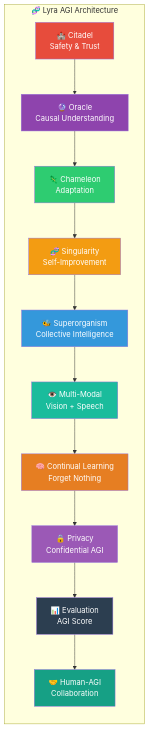
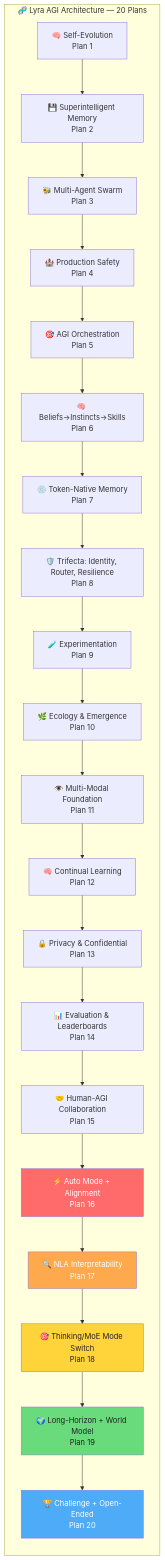
Before and after one commit to ndqkhanh/lyra: the first of 5 diagrams in README.md, drawn with Mermaid. The commit also changed other lines of this file, not shown here.

First line of the commit message:
📚 Rewrite README: 124 packages, 20 plans, 5 mermaid diagrams, 23 research waves

````diff
--- a/README.md
+++ b/README.md
@@ -22,26 +22,31 @@
 ```mermaid
 graph TB
-    subgraph "🧬 Lyra AGI Architecture"
+    subgraph "🧬 Lyra AGI Architecture — 20 Plans"
         direction TB
-        C[🏰 Citadel<br/>Safety & Trust] --> O[🔮 Oracle<br/>Causal Understanding]
-        O --> CH[🦎 Chameleon<br/>Adaptation]
-        CH --> S[🧬 Singularity<br/>Self-Improvement]
-        S --> SU[🐝 Superorganism<br/>Collective Intelligence]
-        SU --> M[👁️ Multi-Modal<br/>Vision + Speech]
-        M --> CL[🧠 Continual Learning<br/>Forget Nothing]
-        CL --> P[🔒 Privacy<br/>Confidential AGI]
-        P --> E[📊 Evaluation<br/>AGI Score]
-        E --> H[🤝 Human-AGI<br/>Collaboration]
+        P1[🧠 Self-Evolution<br/>Plan 1] --> P2[💾 Superintelligent Memory<br/>Plan 2]
+        P2 --> P3[🐝 Multi-Agent Swarm<br/>Plan 3]
+        P3 --> P4[🏰 Production Safety<br/>Plan 4]
+        P4 --> P5[🎯 AGI Orchestration<br/>Plan 5]
+        P5 --> P6[🧠 Beliefs→Instincts→Skills<br/>Plan 6]
+        P6 --> P7[💿 Token-Native Memory<br/>Plan 7]
+        P7 --> P8[🛡️ Trifecta: Identity, Router, Resilience<br/>Plan 8]
+        P8 --> P9[🧪 Experimentation<br/>Plan 9]
+        P9 --> P10[🌿 Ecology & Emergence<br/>Plan 10]
+        P10 --> P11[👁️ Multi-Modal Foundation<br/>Plan 11]
+        P11 --> P12[🧠 Continual Learning<br/>Plan 12]
+        P12 --> P13[🔒 Privacy & Confidential<br/>Plan 13]
+        P13 --> P14[📊 Evaluation & Leaderboards<br/>Plan 14]
+        P14 --> P15[🤝 Human-AGI Collaboration<br/>Plan 15]
+        P15 --> P16[⚡ Auto Mode + Alignment<br/>Plan 16]
+        P16 --> P17[🔍 NLA Interpretability<br/>Plan 17]
+        P17 --> P18[🎯 Thinking/MoE Mode Switch<br/>Plan 18]
+        P18 --> P19[🌍 Long-Horizon + World Model<br/>Plan 19]
+        P19 --> P20[🏆 Challenge + Open-Ended<br/>Plan 20]
     end
-    
-    style C fill:#e74c3c,color:#fff
-    style O fill:#8e44ad,color:#fff
-    style CH fill:#2ecc71,color:#fff
-    style S fill:#f39c12,color:#fff
-    style SU fill:#3498db,color:#fff
-    style M fill:#1abc9c,color:#fff
-    style CL fill:#e67e22,color:#fff
-    style P fill:#9b59b6,color:#fff
-    style E fill:#2c3e50,color:#fff
-    style H fill:#16a085,color:#fff
+
+    style P16 fill:#ff6b6b,color:#fff
+    style P17 fill:#ffa94d,color:#fff
+    style P18 fill:#ffd43b,color:#222
+    style P19 fill:#69db7c,color:#222
+    style P20 fill:#4dabf7,color:#fff
 ```
````
